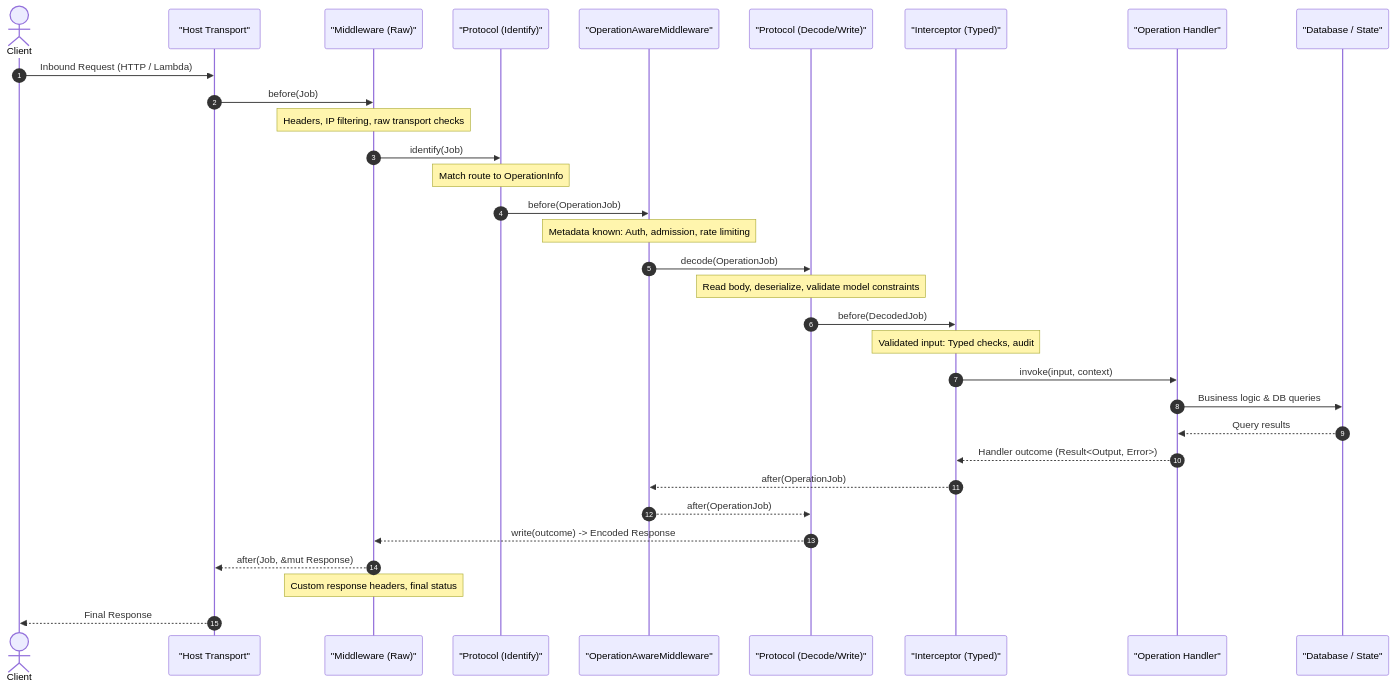
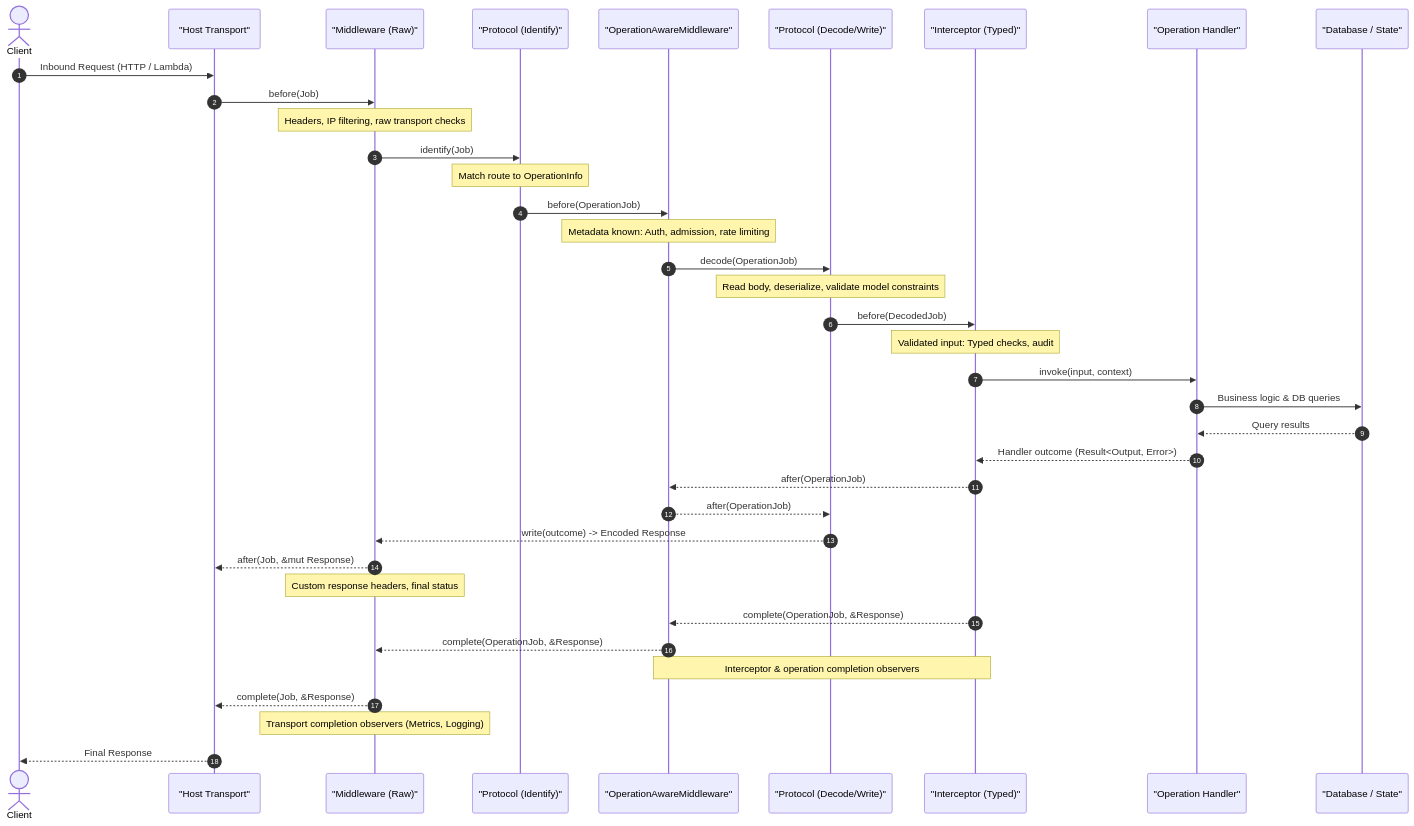
Before and after one commit to Operation-Leyline/crucible: the third of 3 diagrams in docs/framework.md, drawn with Mermaid. The commit also changed other lines of this file, not shown here.

Commit message:
docs: clarify Tier 2 decoding boundaries and illustrate complete observers in sequence diagram

````diff
--- a/docs/framework.md
+++ b/docs/framework.md
@@ -473,35 +473,40 @@
 ```mermaid
 sequenceDiagram
     autonumber
     actor Client
     participant Host as "Host Transport"
     participant M as "Middleware (Raw)"
     participant Router as "Protocol (Identify)"
     participant OM as "OperationAwareMiddleware"
     participant Proto as "Protocol (Decode/Write)"
     participant Interceptor as "Interceptor (Typed)"
     participant Handler as "Operation Handler"
     participant Storage as "Database / State"
 
     Client->>Host: Inbound Request (HTTP / Lambda)
     Host->>M: before(Job)
     Note over M: Headers, IP filtering, raw transport checks
     M->>Router: identify(Job)
     Note over Router: Match route to OperationInfo
     Router->>OM: before(OperationJob)
     Note over OM: Metadata known: Auth, admission, rate limiting
     OM->>Proto: decode(OperationJob)
     Note over Proto: Read body, deserialize, validate model constraints
     Proto->>Interceptor: before(DecodedJob)
     Note over Interceptor: Validated input: Typed checks, audit
     Interceptor->>Handler: invoke(input, context)
     Handler->>Storage: Business logic & DB queries
     Storage-->>Handler: Query results
     Handler-->>Interceptor: Handler outcome (Result<Output, Error>)
     Interceptor-->>OM: after(OperationJob)
     OM-->>Proto: after(OperationJob)
     Proto-->>M: write(outcome) -> Encoded Response
     M-->>Host: after(Job, &mut Response)
     Note over M: Custom response headers, final status
+    Interceptor-->>OM: complete(OperationJob, &Response)
+    OM-->>M: complete(OperationJob, &Response)
+    Note over Interceptor, OM: Interceptor & operation completion observers
+    M-->>Host: complete(Job, &Response)
+    Note over M: Transport completion observers (Metrics, Logging)
     Host-->>Client: Final Response
 ```
````
